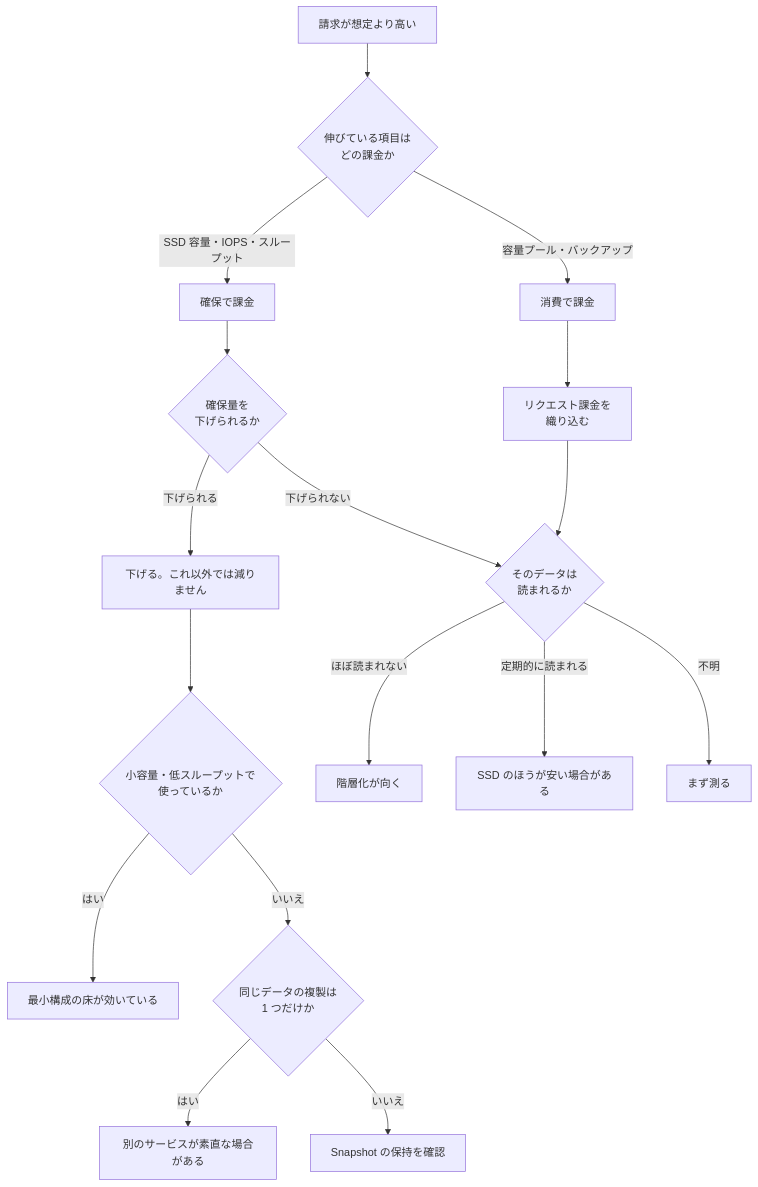
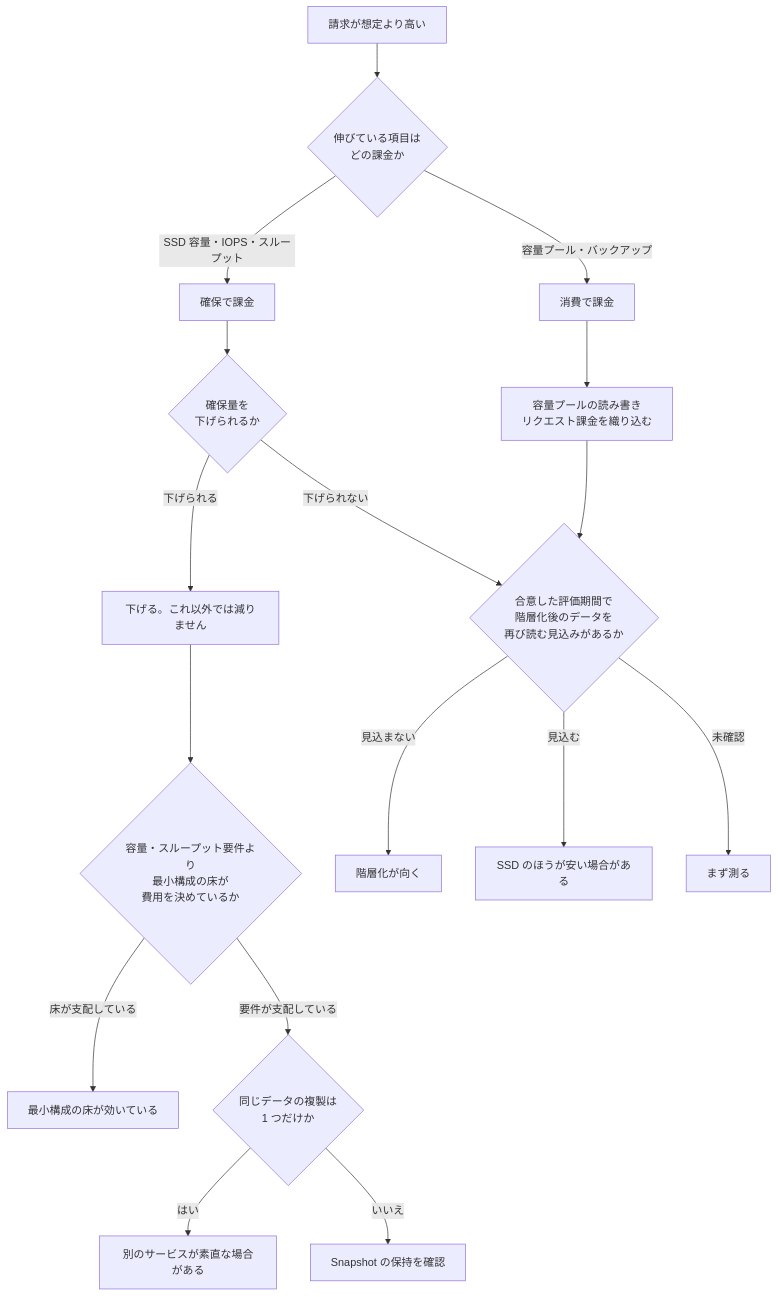
One commit to Yoshiki0705/FSx-for-ONTAP-Adoption-Playbook changed the diagram in docs/ja/reference/decision-trees/cost-higher-than-expected.md. Above: the diagram before and after it, drawn with Mermaid. The commit also changed other lines of this file and 257 other files, not shown here.

````diff
--- a/docs/ja/reference/decision-trees/cost-higher-than-expected.md
+++ b/docs/ja/reference/decision-trees/cost-higher-than-expected.md
@@ -56,19 +56,19 @@
 ```mermaid
 graph TD
     A[請求が想定より高い] --> B{伸びている項目は<br/>どの課金か}
     B -->|SSD 容量・IOPS・スループット| P[確保で課金]
     B -->|容量プール・バックアップ| C[消費で課金]
     P --> P1{確保量を<br/>下げられるか}
     P1 -->|下げられる| DOWN[下げる。これ以外では減りません]
     P1 -->|下げられない| ACC
-    C --> REQ[リクエスト課金を<br/>織り込む]
-    REQ --> ACC{そのデータは<br/>読まれるか}
-    ACC -->|ほぼ読まれない| TIER[階層化が向く]
-    ACC -->|定期的に読まれる| STAY[SSD のほうが安い場合がある]
-    ACC -->|不明| MEASURE[まず測る]
-    DOWN --> FLOOR{小容量・低スループットで<br/>使っているか}
-    FLOOR -->|はい| MIN[最小構成の床が効いている]
-    FLOOR -->|いいえ| COPIES{同じデータの複製は<br/>1 つだけか}
+    C --> REQ[容量プールの読み書き<br/>リクエスト課金を織り込む]
+    REQ --> ACC{合意した評価期間で<br/>階層化後のデータを<br/>再び読む見込みがあるか}
+    ACC -->|見込まない| TIER[階層化が向く]
+    ACC -->|見込む| STAY[SSD のほうが安い場合がある]
+    ACC -->|未確認| MEASURE[まず測る]
+    DOWN --> FLOOR{容量・スループット要件より<br/>最小構成の床が<br/>費用を決めているか}
+    FLOOR -->|床が支配している| MIN[最小構成の床が効いている]
+    FLOOR -->|要件が支配している| COPIES{同じデータの複製は<br/>1 つだけか}
     COPIES -->|はい| OTHER[別のサービスが素直な場合がある]
     COPIES -->|いいえ| SNAP[Snapshot の保持を確認]
 ```
````
